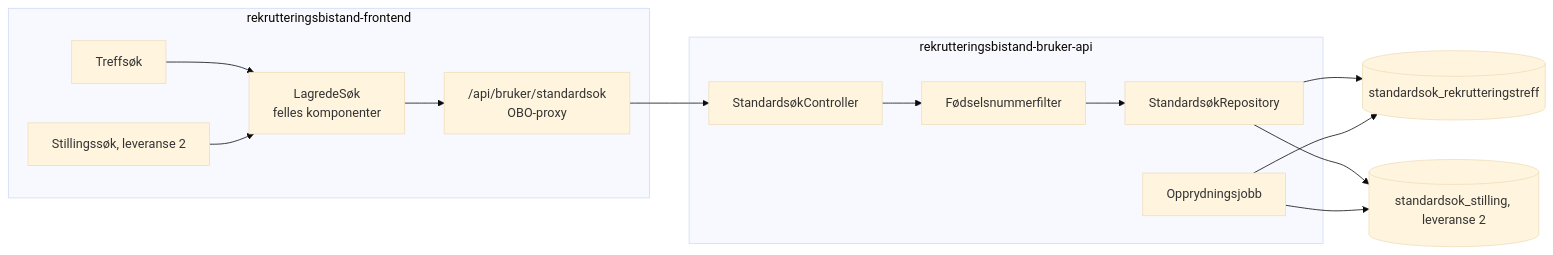
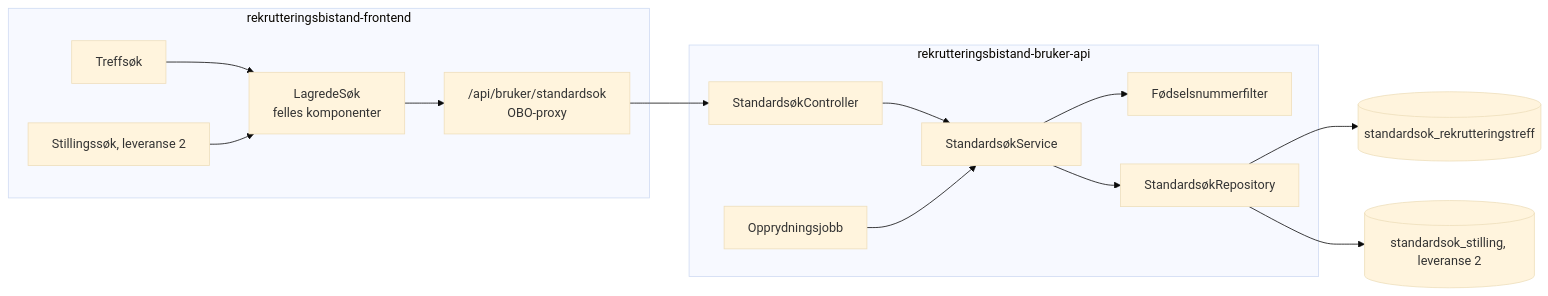
One commit to navikt/rekrutteringstreff-backend changed the first of 4 diagrams in docs/9-planer/standardsok.md. Above: the diagram before and after it, drawn with Mermaid (base theme). The commit also changed other lines of this file, not shown here.

````diff
--- a/docs/9-planer/standardsok.md
+++ b/docs/9-planer/standardsok.md
@@ -37,25 +39,26 @@
 ```mermaid
 flowchart LR
     subgraph FE[rekrutteringsbistand-frontend]
         T[Treffsøk]
         S[Stillingssøk, leveranse 2]
         K[LagredeSøk<br/>felles komponenter]
         P["/api/bruker/standardsok<br/>OBO-proxy"]
     end
     subgraph BA[rekrutteringsbistand-bruker-api]
         C[StandardsøkController]
+        V[StandardsøkService]
         F[Fødselsnummerfilter]
         R[StandardsøkRepository]
         J[Opprydningsjobb]
     end
     DT[(standardsok_rekrutteringstreff)]
     DS[(standardsok_stilling, leveranse 2)]
 
     T --> K
     S --> K
-    K --> P --> C --> F --> R
+    K --> P --> C --> V --> R
+    V --> F
     R --> DT
     R --> DS
-    J --> DT
-    J --> DS
+    J --> V
 ```
````
